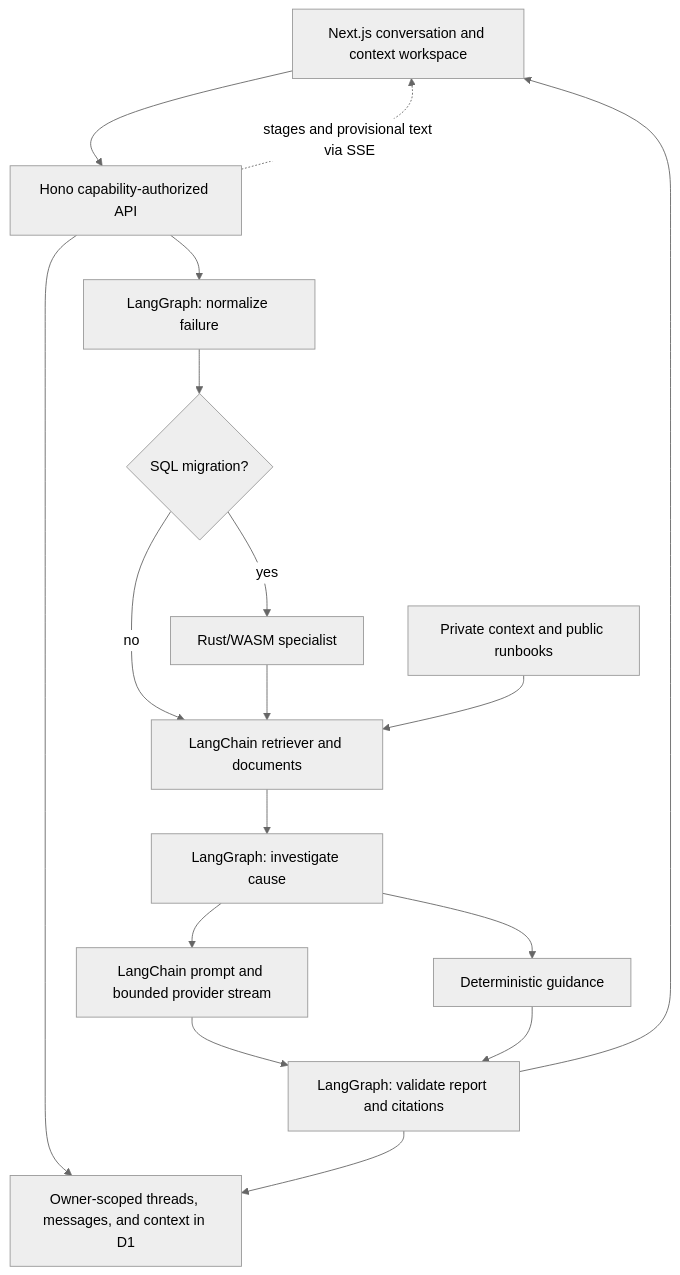
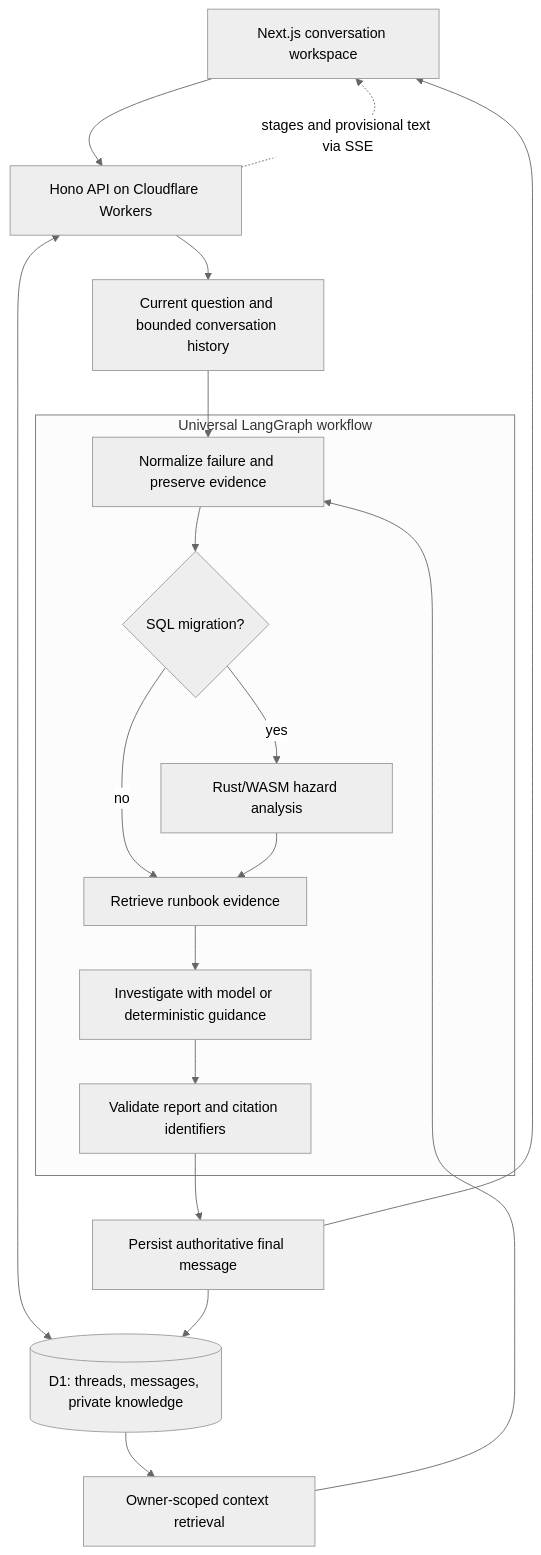
One commit to s4natk/lockstep-remastered changed the diagram in README.md. Above: the diagram before and after it, drawn with Mermaid (neutral theme). The commit also changed other lines of this file and 5 other files, not shown here.

````diff
--- a/README.md
+++ b/README.md
@@ -143,19 +22,21 @@
 ```mermaid
 flowchart TD
-  UI[Next.js conversation and context workspace] --> API[Hono capability-authorized API]
-  API --> D1[Owner-scoped threads, messages, and context in D1]
-  API --> Normalize[LangGraph: normalize failure]
-  Normalize --> Kind{SQL migration?}
-  Kind -->|yes| SQL[Rust/WASM specialist]
-  Kind -->|no| Retrieve[LangChain retriever and documents]
-  SQL --> Retrieve
-  KB[Private context and public runbooks] --> Retrieve
-  Retrieve --> Draft[LangGraph: investigate cause]
-  Draft --> Model[LangChain prompt and bounded provider stream]
-  Draft --> Offline[Deterministic guidance]
-  Model --> Validate[LangGraph: validate report and citations]
-  Offline --> Validate
-  Validate --> D1
-  Validate --> UI
+  UI[Next.js conversation workspace] --> API[Hono API on Cloudflare Workers]
+  API --> Input[Current question and bounded conversation history]
+  API <--> D1[(D1: threads, messages, private knowledge)]
+  D1 --> Context[Owner-scoped context retrieval]
+  Context --> Normalize
+  Input --> Normalize
+  subgraph Graph[Universal LangGraph workflow]
+    Normalize[Normalize failure and preserve evidence] --> Kind{SQL migration?}
+    Kind -->|yes| SQL[Rust/WASM hazard analysis]
+    Kind -->|no| Retrieve[Retrieve runbook evidence]
+    SQL --> Retrieve
+    Retrieve --> Investigate[Investigate with model or deterministic guidance]
+    Investigate --> Validate[Validate report and citation identifiers]
+  end
+  Validate --> Save[Persist authoritative final message]
+  Save --> D1
+  Save --> UI
   API -. stages and provisional text via SSE .-> UI
 ```
````
